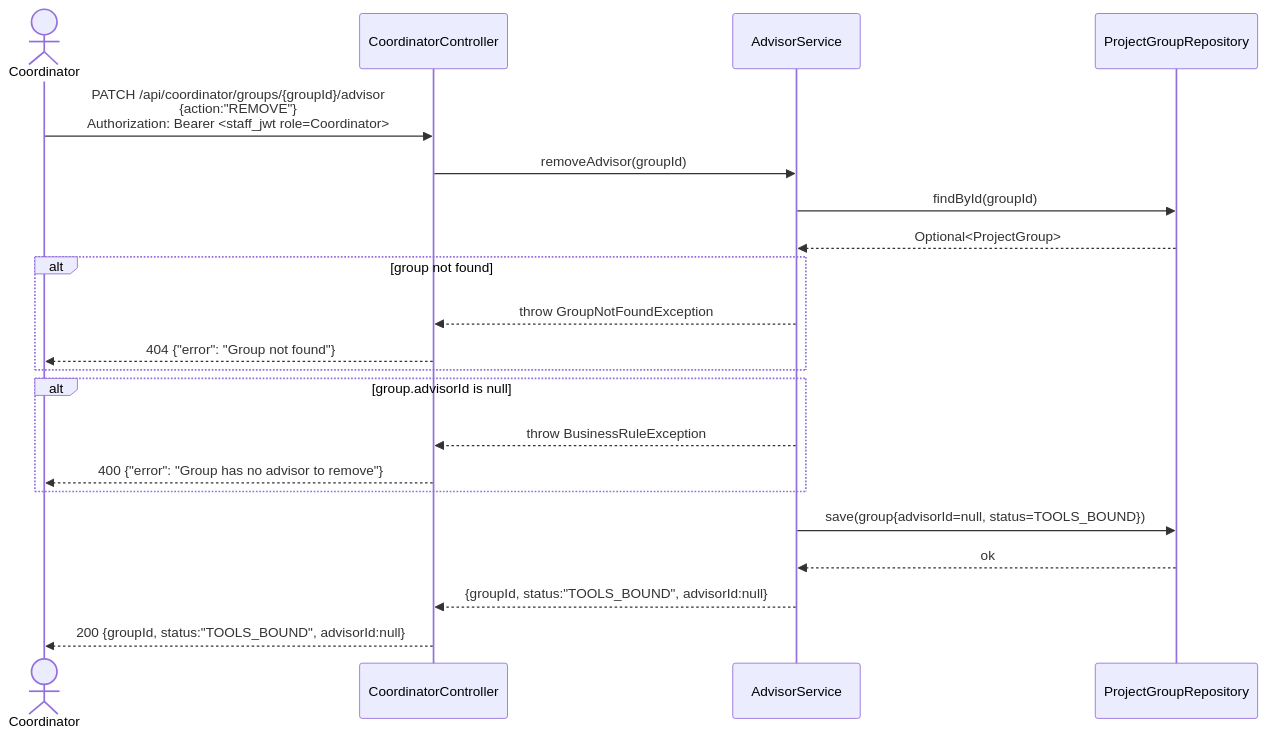
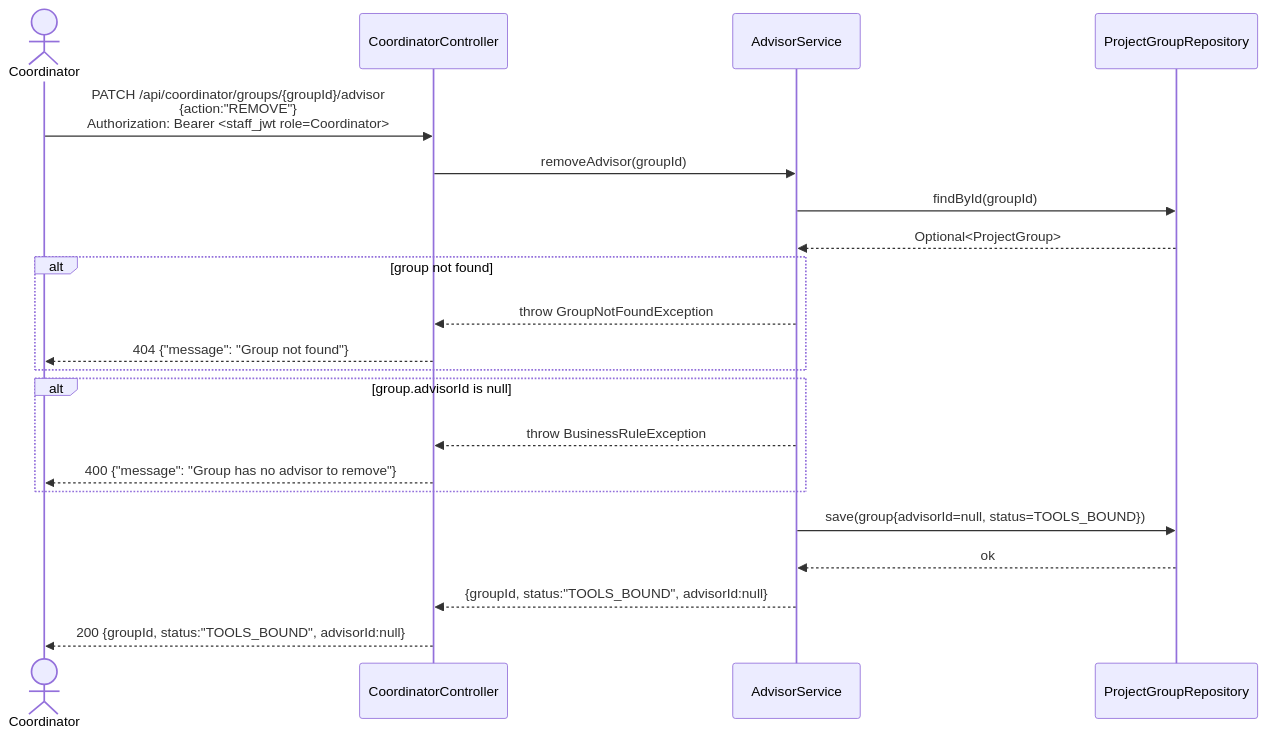
One commit to SE3318-Spring-2025-2026/senior-app-6 changed the third of 3 diagrams in docs/process3/sequences/3.5_coordinator_advisor_p3.md. Above: the diagram before and after it, drawn with Mermaid. The commit also changed other lines of this file and 27 other files, not shown here.

````diff
--- a/docs/process3/sequences/3.5_coordinator_advisor_p3.md
+++ b/docs/process3/sequences/3.5_coordinator_advisor_p3.md
@@ -99,30 +99,30 @@
 ```mermaid
 sequenceDiagram
     actor Coordinator
     participant CoordinatorController
     participant AdvisorService
     participant ProjectGroupRepository
 
     Coordinator->>CoordinatorController: PATCH /api/coordinator/groups/{groupId}/advisor<br/>{action:"REMOVE"}<br/>Authorization: Bearer <staff_jwt role=Coordinator>
 
     CoordinatorController->>AdvisorService: removeAdvisor(groupId)
 
     AdvisorService->>ProjectGroupRepository: findById(groupId)
     ProjectGroupRepository-->>AdvisorService: Optional<ProjectGroup>
 
     alt group not found
         AdvisorService-->>CoordinatorController: throw GroupNotFoundException
-        CoordinatorController-->>Coordinator: 404 {"error": "Group not found"}
+        CoordinatorController-->>Coordinator: 404 {"message": "Group not found"}
     end
 
     alt group.advisorId is null
         AdvisorService-->>CoordinatorController: throw BusinessRuleException
-        CoordinatorController-->>Coordinator: 400 {"error": "Group has no advisor to remove"}
+        CoordinatorController-->>Coordinator: 400 {"message": "Group has no advisor to remove"}
     end
 
     AdvisorService->>ProjectGroupRepository: save(group{advisorId=null, status=TOOLS_BOUND})
     ProjectGroupRepository-->>AdvisorService: ok
 
     AdvisorService-->>CoordinatorController: {groupId, status:"TOOLS_BOUND", advisorId:null}
     CoordinatorController-->>Coordinator: 200 {groupId, status:"TOOLS_BOUND", advisorId:null}
 ```
````
